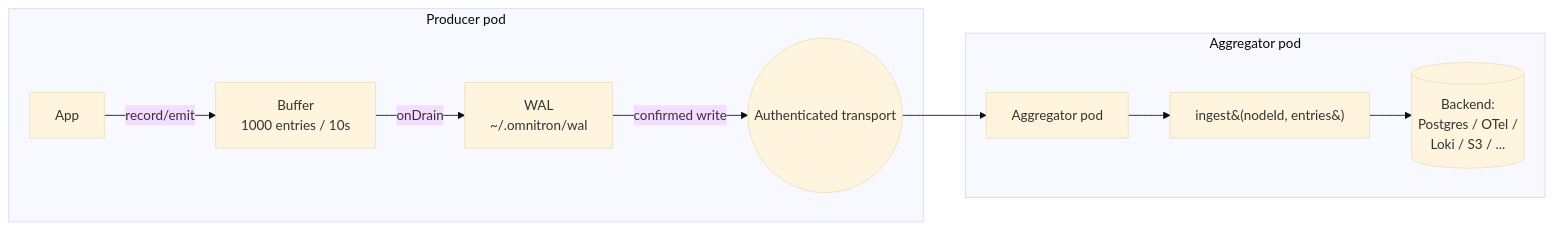
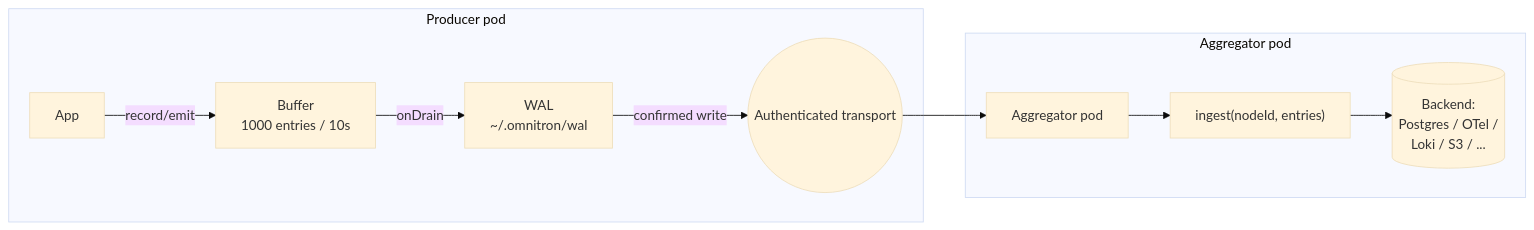
Before and after one commit to omnitron-dev/website: the diagram in docs/titan/modules/telemetry-relay.mdx, drawn with Mermaid (base theme). The commit also changed 25 other files, not shown here.

Commit message:
docs: render structured trees and correct infrastructure diagrams

````diff
--- a/docs/titan/modules/telemetry-relay.mdx
+++ b/docs/titan/modules/telemetry-relay.mdx
@@ -41,13 +41,13 @@
 ```mermaid
 flowchart LR
   subgraph Producer pod
     A1[App] -- record/emit --> Buf1[Buffer<br/>1000 entries / 10s]
     Buf1 -- onDrain --> Wal1[WAL<br/>~/.omnitron/wal]
     Wal1 -- confirmed write --> Net((Authenticated transport))
   end
   Net --> AggPod[Aggregator pod]
   subgraph Aggregator pod
-    AggPod --> Ingest[ingest&#40;nodeId, entries&#41;]
+    AggPod --> Ingest["ingest(nodeId, entries)"]
     Ingest --> Sink[(Backend:<br/>Postgres / OTel /<br/>Loki / S3 / ...)]
   end
 ```
````
